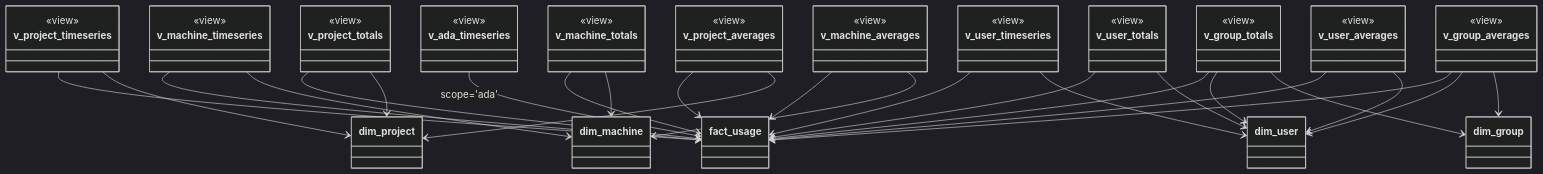
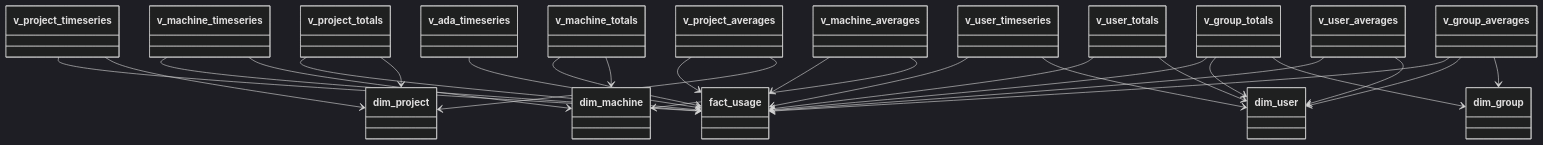
The second of 2 diagrams in pages/2_backend.md (prodmodfour/Ada_Carbon_Monitoring_Implementation_Documentation), drawn with Mermaid (dark theme) before and after one commit. The commit also changed other lines of this file, not shown here.

Commit message:
Refactor entity relationship diagram: remove redundant uniqueness annotations and improve formatting for clarity

````diff
--- a/pages/2_backend.md
+++ b/pages/2_backend.md
@@ -403,55 +397,51 @@
 ```mermaid
 classDiagram
-  %% Derived views as lightweight dependencies
   class fact_usage
   class dim_project
   class dim_machine
   class dim_user
   class dim_group
 
-  class v_ada_timeseries      <<view>>
-  class v_project_timeseries  <<view>>
-  class v_machine_timeseries  <<view>>
-  class v_user_timeseries     <<view>>
+  class v_ada_timeseries
+  class v_project_timeseries
+  class v_machine_timeseries
+  class v_user_timeseries
 
-  class v_project_totals      <<view>>
-  class v_machine_totals      <<view>>
-  class v_group_totals        <<view>>
-  class v_user_totals         <<view>>
+  class v_project_totals
+  class v_machine_totals
+  class v_group_totals
+  class v_user_totals
 
-  class v_project_averages    <<view>>
-  class v_machine_averages    <<view>>
-  class v_group_averages      <<view>>
-  class v_user_averages       <<view>>
+  class v_project_averages
+  class v_machine_averages
+  class v_group_averages
+  class v_user_averages
 
-  %% Timeseries views
-  v_ada_timeseries     --> fact_usage           : scope='ada'
+  v_ada_timeseries     --> fact_usage
   v_project_timeseries --> fact_usage
   v_project_timeseries --> dim_project
   v_machine_timeseries --> fact_usage
   v_machine_timeseries --> dim_machine
   v_user_timeseries    --> fact_usage
   v_user_timeseries    --> dim_user
 
-  %% Totals views
   v_project_totals     --> fact_usage
   v_project_totals     --> dim_project
   v_machine_totals     --> fact_usage
   v_machine_totals     --> dim_machine
   v_group_totals       --> fact_usage
   v_group_totals       --> dim_user
   v_group_totals       --> dim_group
   v_user_totals        --> fact_usage
   v_user_totals        --> dim_user
 
-  %% Averages views
   v_project_averages   --> fact_usage
   v_project_averages   --> dim_project
   v_machine_averages   --> fact_usage
   v_machine_averages   --> dim_machine
   v_group_averages     --> fact_usage
   v_group_averages     --> dim_user
   v_group_averages     --> dim_group
   v_user_averages      --> fact_usage
   v_user_averages      --> dim_user
 ```
````
